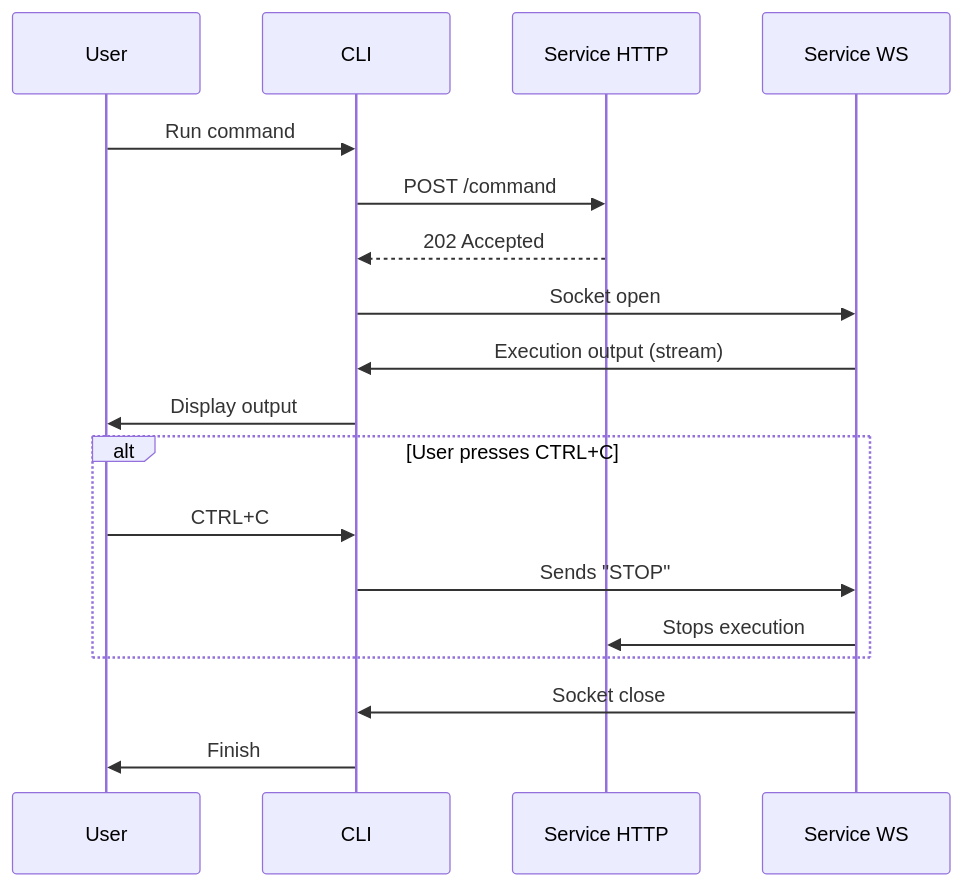
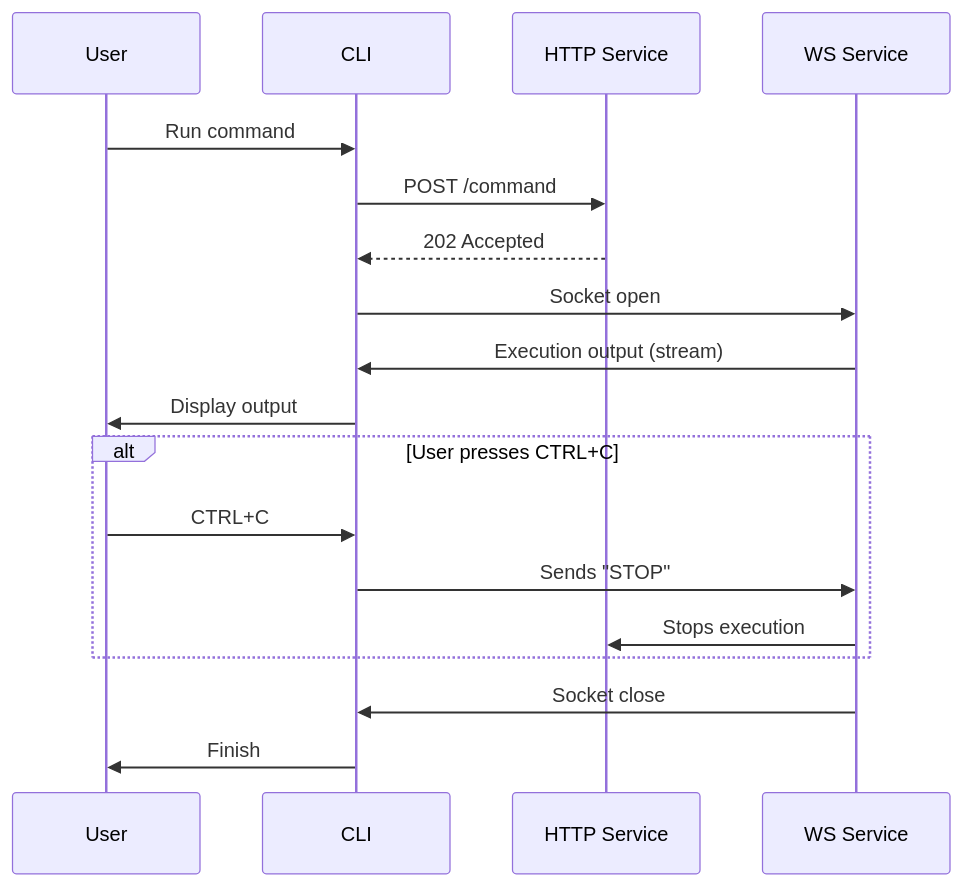
One commit to wakamiti/wakamiti-runtime changed the diagram in README_en.md. Above: the diagram before and after it, drawn with Mermaid. The commit also changed other lines of this file and 2 other files, not shown here.

Commit message:
docs: clarify project architecture and update descriptions

````diff
--- a/README_en.md
+++ b/README_en.md
@@ -19,24 +22,24 @@
 ```mermaid
 sequenceDiagram
     participant User
     participant CLI
-    participant Service HTTP
-    participant Service WS
+    participant HTTP Service
+    participant WS Service
 
     User->>CLI: Run command
-    CLI->>Service HTTP: POST /command
-    Service HTTP-->>CLI: 202 Accepted
+    CLI->>HTTP Service: POST /command
+    HTTP Service-->>CLI: 202 Accepted
 
-    CLI->>Service WS: Socket open
-    Service WS->>CLI: Execution output (stream)
+    CLI->>WS Service: Socket open
+    WS Service->>CLI: Execution output (stream)
     CLI->>User: Display output
 
     alt User presses CTRL+C
         User->>CLI: CTRL+C
-        CLI->>Service WS: Sends "STOP"
-        Service WS->>Service HTTP: Stops execution
+        CLI->>WS Service: Sends "STOP"
+        WS Service->>HTTP Service: Stops execution
     end
-    
-    Service WS->>CLI: Socket close
+
+    WS Service->>CLI: Socket close
     CLI->>User: Finish
 ```
````
